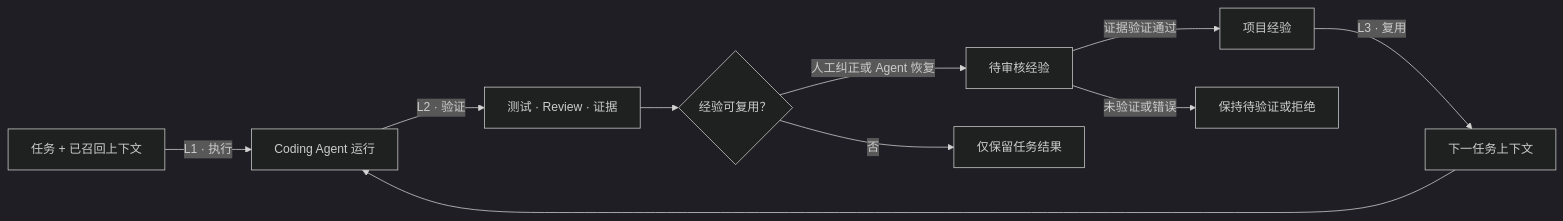
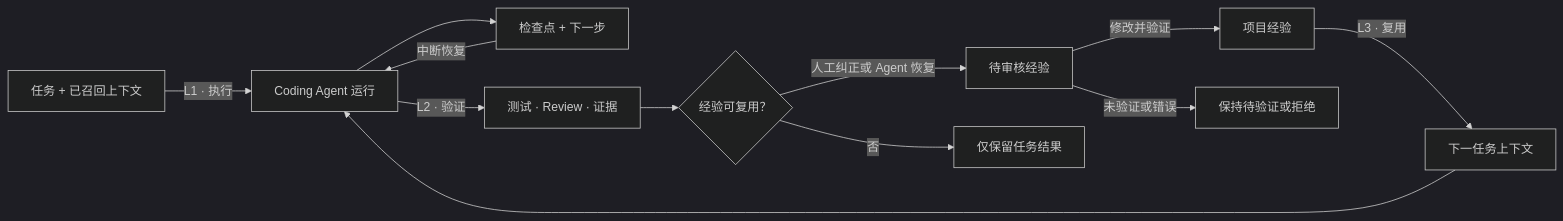
The first of 2 diagrams in README.zh-CN.md (MoonTseng/RunEngram), drawn with Mermaid (dark theme) before and after one commit. The commit also changed other lines of this file and 43 other files, not shown here.

````diff
--- a/README.zh-CN.md
+++ b/README.zh-CN.md
@@ -51,12 +55,14 @@
 ```mermaid
 flowchart LR
     A["任务 + 已召回上下文"] -->|"L1 · 执行"| B["Coding Agent 运行"]
+    B --> C0["检查点 + 下一步"]
+    C0 -->|"中断恢复"| B
     B -->|"L2 · 验证"| C["测试 · Review · 证据"]
     C --> D{"经验可复用？"}
     D -->|"人工纠正或 Agent 恢复"| E["待审核经验"]
     D -->|"否"| H["仅保留任务结果"]
-    E -->|"证据验证通过"| F["项目经验"]
+    E -->|"修改并验证"| F["项目经验"]
     E -->|"未验证或错误"| G["保持待验证或拒绝"]
     F -->|"L3 · 复用"| I["下一任务上下文"]
     I --> B
 ```
````
